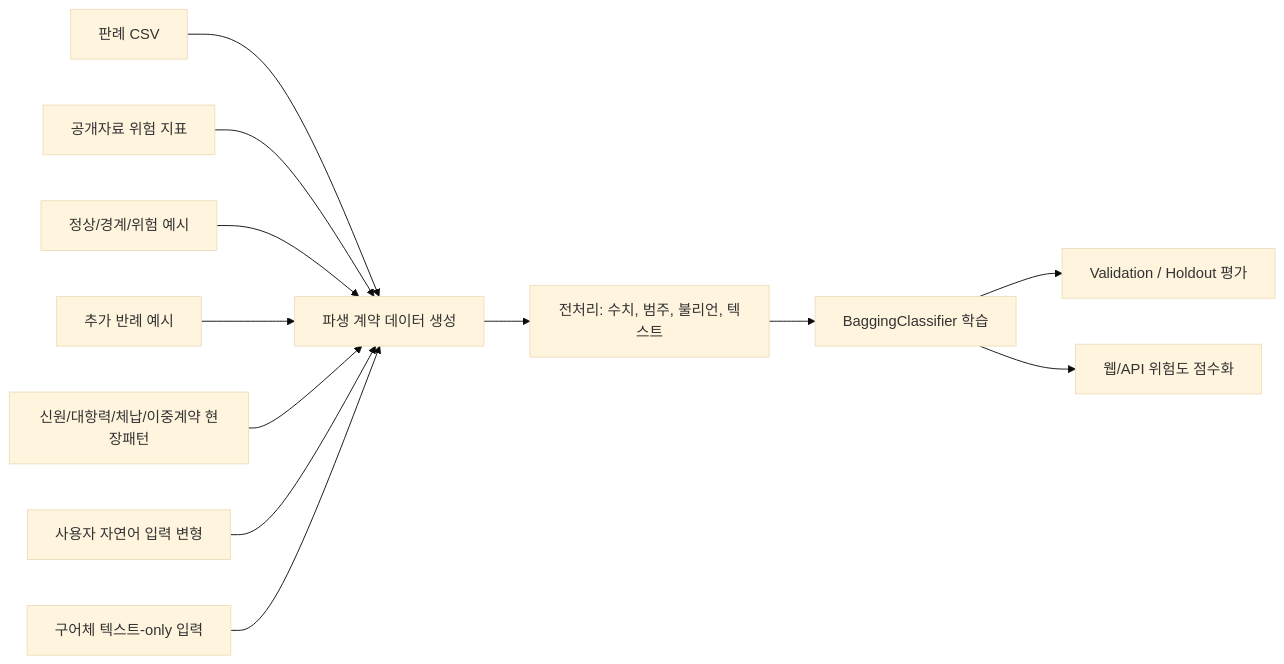
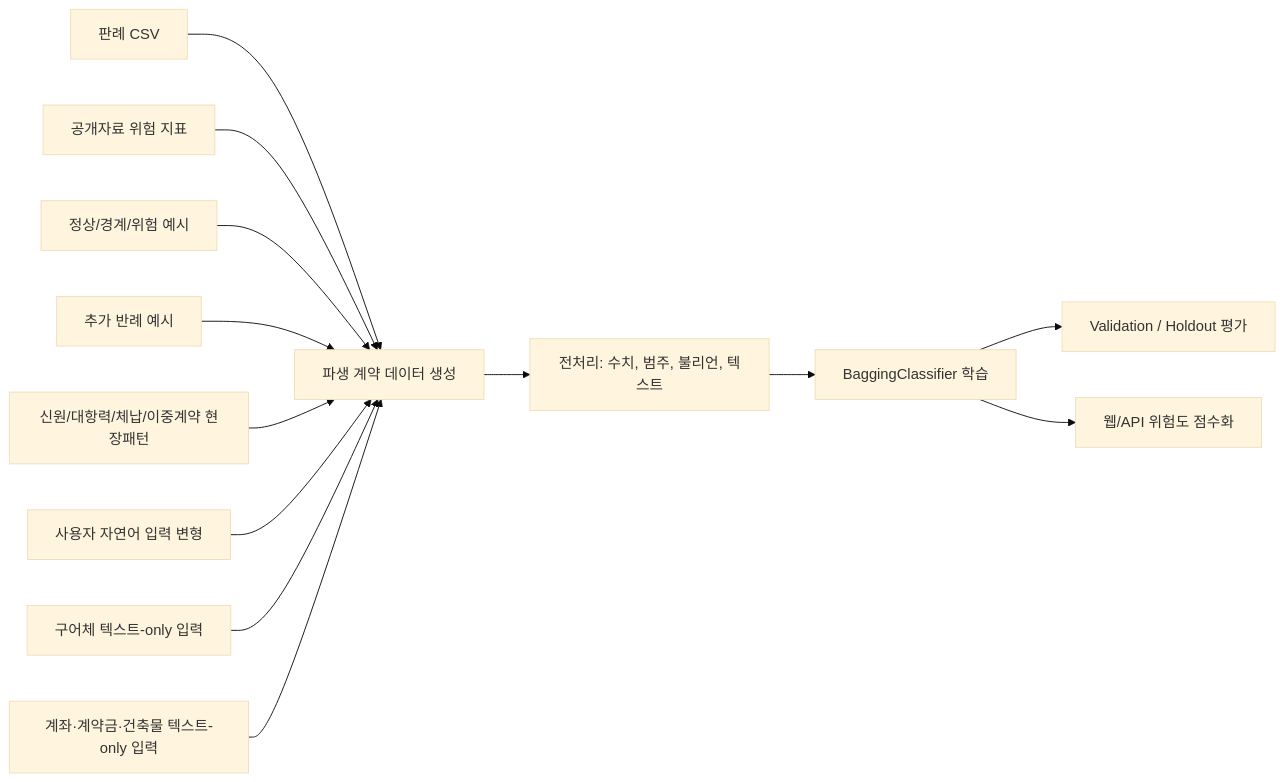
One commit to bssm-oss/legallearn changed the diagram in README.md. Above: the diagram before and after it, drawn with Mermaid (base theme). The commit also changed other lines of this file and 16 other files, not shown here.

````diff
--- a/README.md
+++ b/README.md
@@ -161,14 +161,15 @@
 ```mermaid
 flowchart LR
   A["판례 CSV"] --> D["파생 계약 데이터 생성"]
   B["공개자료 위험 지표"] --> D
   C["정상/경계/위험 예시"] --> D
   I["추가 반례 예시"] --> D
   J["신원/대항력/체납/이중계약 현장패턴"] --> D
   K["사용자 자연어 입력 변형"] --> D
   L["구어체 텍스트-only 입력"] --> D
+  M["계좌·계약금·건축물 텍스트-only 입력"] --> D
   D --> E["전처리: 수치, 범주, 불리언, 텍스트"]
   E --> F["BaggingClassifier 학습"]
   F --> G["Validation / Holdout 평가"]
   F --> H["웹/API 위험도 점수화"]
 ```
````
